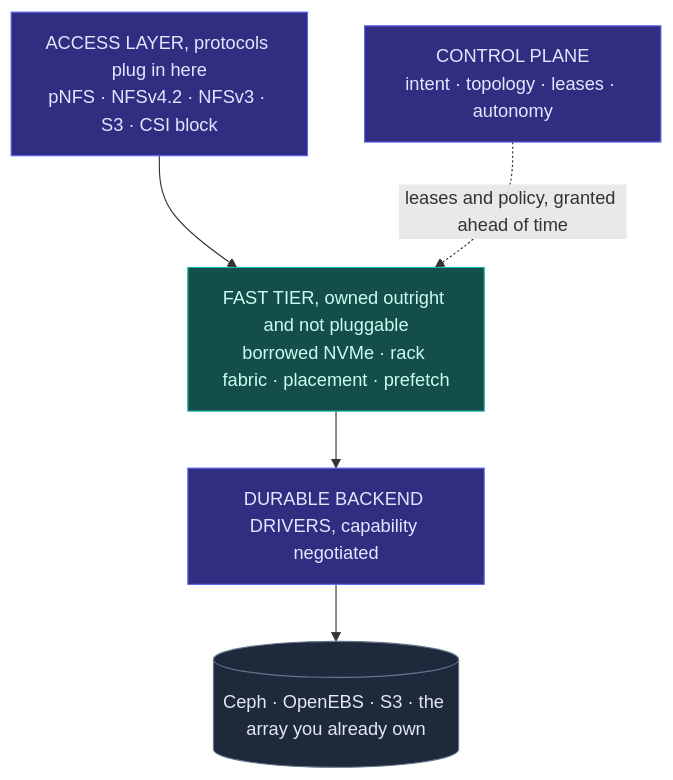
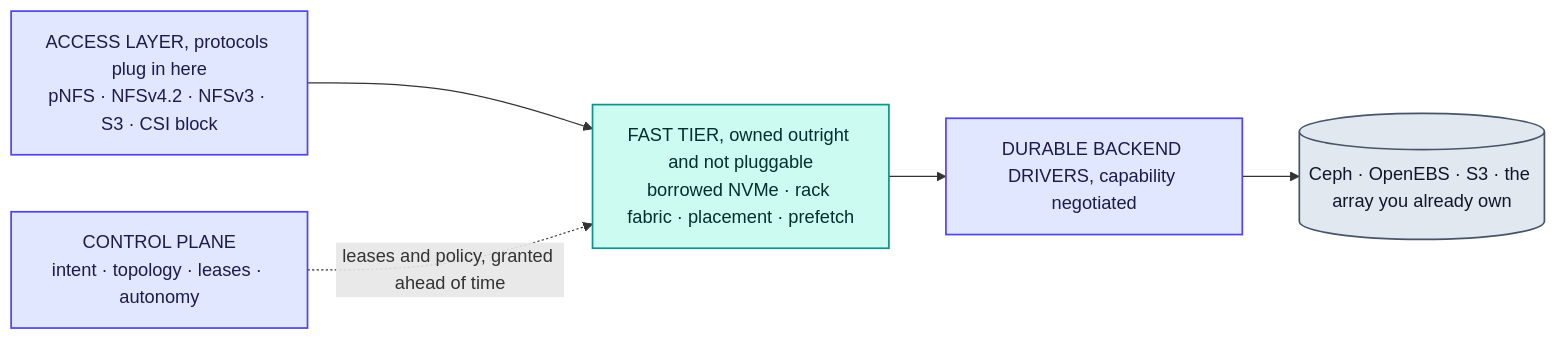
Before and after one commit to mayur-tolexo/forebay: the first of 2 diagrams in docs/rfcs/0002-architecture-overview.md, drawn with Mermaid.

Commit message:
Restyle the RFC-0002 diagrams to match every other one
They were the only diagrams left with the dark palette and a vertical
layout. The restyle for them was pushed to a branch whose pull request
had already merged, so it went nowhere, and the inconsistency only
showed up when grepping main afterwards.

Pale fills with dark text read correctly in whichever theme GitHub
renders for the reader, rather than looking deliberate on a dark page
and like heavy blobs on a light one.

````diff
--- a/docs/rfcs/0002-architecture-overview.md
+++ b/docs/rfcs/0002-architecture-overview.md
@@ -20,20 +20,20 @@
 ```mermaid
-flowchart TB
+flowchart LR
     acc["ACCESS LAYER, protocols plug in here<br/>pNFS · NFSv4.2 · NFSv3 · S3 · CSI block"]
     fast["FAST TIER, owned outright and not pluggable<br/>borrowed NVMe · rack fabric · placement · prefetch"]
     drv["DURABLE BACKEND DRIVERS, capability negotiated"]
     store[("Ceph · OpenEBS · S3 · the array you already own")]
     cp["CONTROL PLANE<br/>intent · topology · leases · autonomy"]
 
     acc --> fast
     fast --> drv
     drv --> store
     cp -.->|leases and policy, granted ahead of time| fast
 
-    classDef control fill:#312E81,stroke:#6366F1,color:#E0E7FF
-    classDef owned fill:#134E4A,stroke:#14B8A6,color:#CCFBF1
-    classDef durable fill:#1E293B,stroke:#64748B,color:#E2E8F0
+    classDef control fill:#E0E7FF,stroke:#4F46E5,stroke-width:1.5px,color:#1E1B4B
+    classDef owned fill:#CCFBF1,stroke:#0D9488,stroke-width:1.5px,color:#042F2E
+    classDef durable fill:#E2E8F0,stroke:#475569,stroke-width:1.5px,color:#0F172A
     class cp,acc,drv control
     class fast owned
     class store durable
 ```
````
